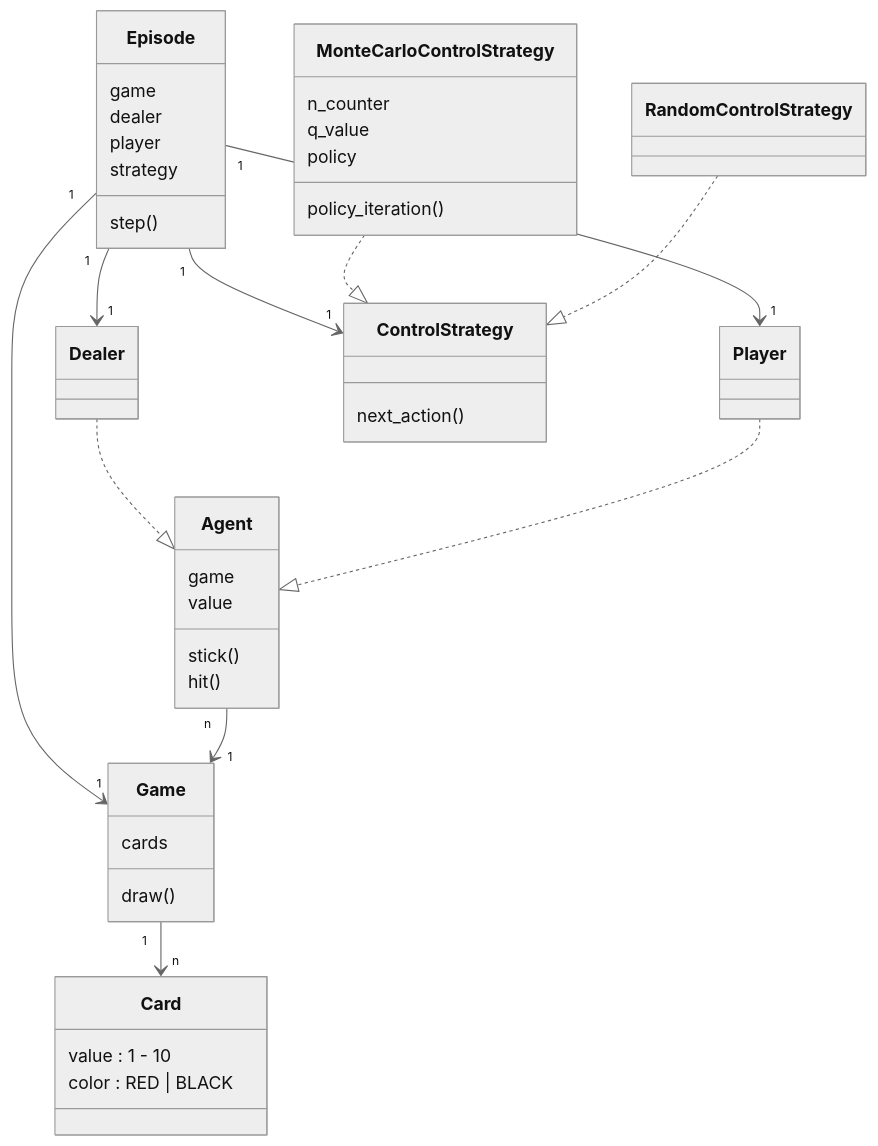
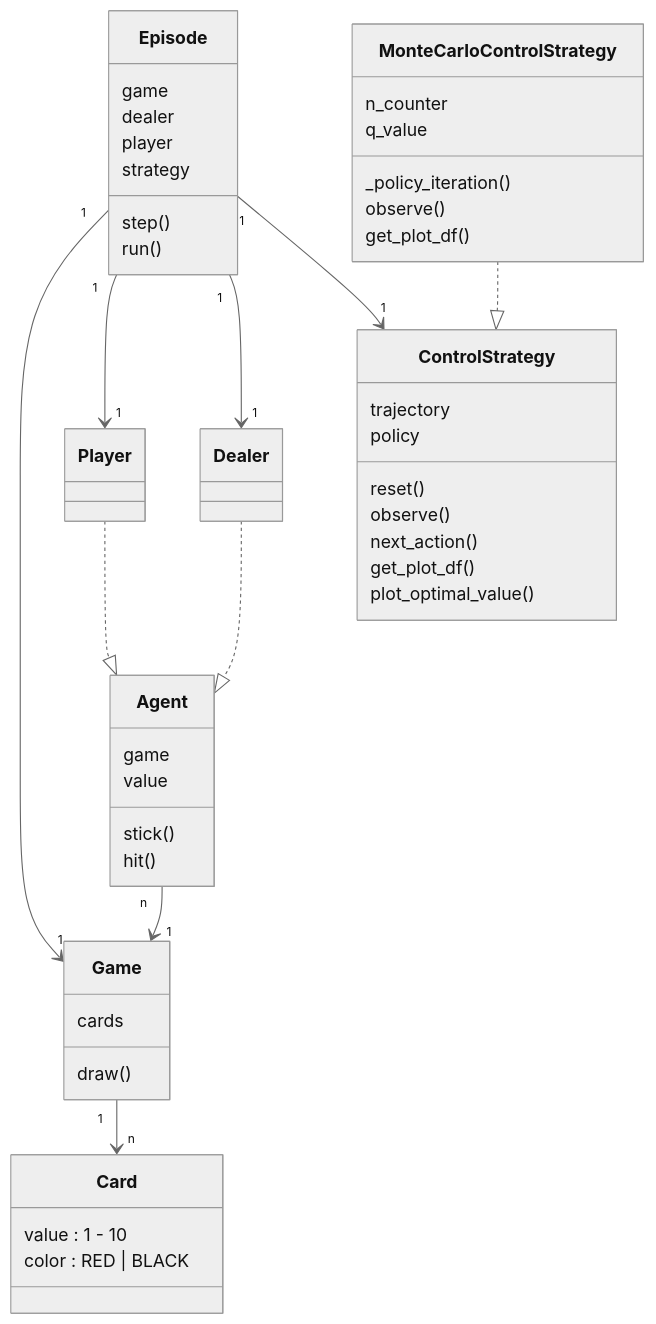
The diagram in README.md (ly232/easy21), drawn with Mermaid (neutral theme) before and after one commit. The commit also changed other lines of this file and 5 other files, not shown here.

First line of the commit message:
Migrate more state transtion functionalities down to the base ControlStrategy class, and make transition contracts more clear.

````diff
--- a/README.md
+++ b/README.md
@@ -21,57 +21,63 @@
 ```mermaid
 classDiagram
     class Game {
         cards
         draw()
     }
 
     class Card {
         value : 1 - 10
         color : RED | BLACK
     }
 
     Game "1" --> "n" Card
 
     class Agent {
         game
         value
         stick()
         hit()
     }
 
     Agent "n" --> "1" Game
 
     class Player
     class Dealer
 
     Player ..|> Agent
     Dealer ..|> Agent
 
     class Episode {
         game
         dealer
         player
         strategy
         step()
+        run()
     }
     
     Episode "1" --> "1" Game
     Episode "1" --> "1" Player
     Episode "1" --> "1" Dealer
 
     class ControlStrategy {
+        trajectory
+        policy
+        reset()
+        observe()
         next_action()
+        get_plot_df()
+        plot_optimal_value()
     }
 
-    clsas RandomControlStrategy
     class MonteCarloControlStrategy {
         n_counter
         q_value
-        policy
-        policy_iteration()
+        _policy_iteration()
+        observe()
+        get_plot_df()
     }
 
-    RandomControlStrategy ..|> ControlStrategy
     MonteCarloControlStrategy ..|> ControlStrategy
     Episode "1" --> "1" ControlStrategy
 ```
````
